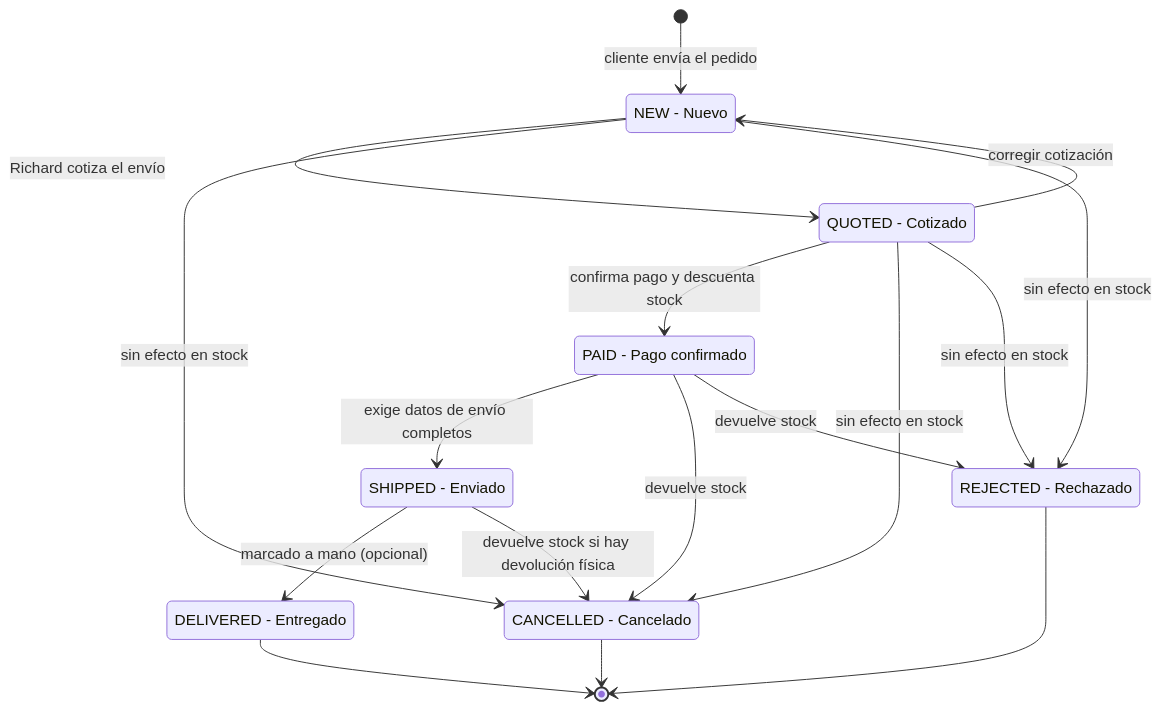
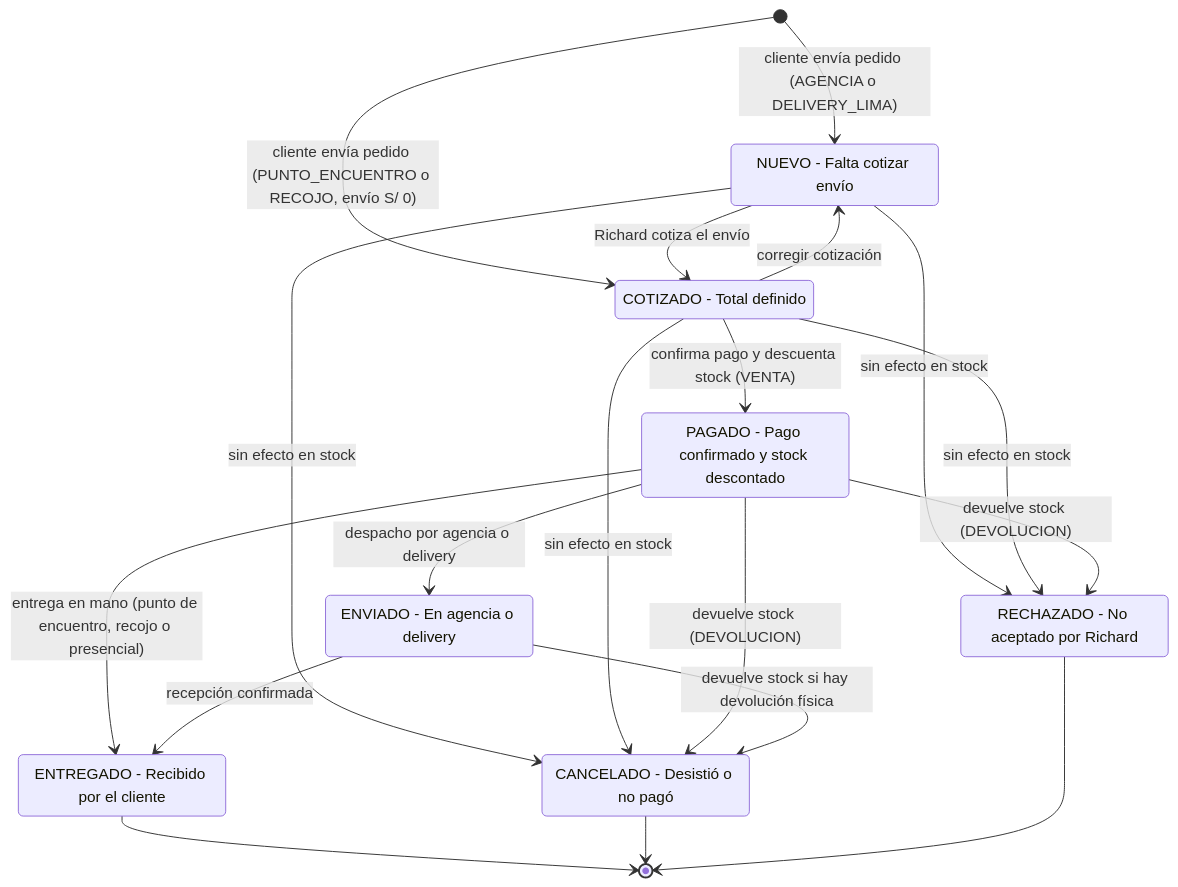
The diagram in 01-Relevamiento/diagramas/07-estados-pedido.md (jcoldsolutionsj-lab/Proyect_03EcomerceEmunaSport), drawn with Mermaid before and after one commit. The commit also changed other lines of this file and 43 other files, not shown here.

````diff
--- a/01-Relevamiento/diagramas/07-estados-pedido.md
+++ b/01-Relevamiento/diagramas/07-estados-pedido.md
@@ -5,32 +5,34 @@
 ```mermaid
 stateDiagram-v2
-  [*] --> NEW : cliente envía el pedido
+  [*] --> NUEVO : cliente envía pedido (AGENCIA o DELIVERY_LIMA)
+  [*] --> COTIZADO : cliente envía pedido (PUNTO_ENCUENTRO o RECOJO, envío S/ 0)
 
-  NEW : NEW - Nuevo
-  QUOTED : QUOTED - Cotizado
-  PAID : PAID - Pago confirmado
-  SHIPPED : SHIPPED - Enviado
-  DELIVERED : DELIVERED - Entregado
-  CANCELLED : CANCELLED - Cancelado
-  REJECTED : REJECTED - Rechazado
+  NUEVO : NUEVO - Falta cotizar envío
+  COTIZADO : COTIZADO - Total definido
+  PAGADO : PAGADO - Pago confirmado y stock descontado
+  ENVIADO : ENVIADO - En agencia o delivery
+  ENTREGADO : ENTREGADO - Recibido por el cliente
+  CANCELADO : CANCELADO - Desistió o no pagó
+  RECHAZADO : RECHAZADO - No aceptado por Richard
 
-  NEW --> QUOTED : Richard cotiza el envío
-  NEW --> CANCELLED : sin efecto en stock
-  NEW --> REJECTED : sin efecto en stock
+  NUEVO --> COTIZADO : Richard cotiza el envío
+  NUEVO --> CANCELADO : sin efecto en stock
+  NUEVO --> RECHAZADO : sin efecto en stock
 
-  QUOTED --> NEW : corregir cotización
-  QUOTED --> PAID : confirma pago y descuenta stock
-  QUOTED --> CANCELLED : sin efecto en stock
-  QUOTED --> REJECTED : sin efecto en stock
+  COTIZADO --> NUEVO : corregir cotización
+  COTIZADO --> PAGADO : confirma pago y descuenta stock (VENTA)
+  COTIZADO --> CANCELADO : sin efecto en stock
+  COTIZADO --> RECHAZADO : sin efecto en stock
 
-  PAID --> SHIPPED : exige datos de envío completos
-  PAID --> CANCELLED : devuelve stock
-  PAID --> REJECTED : devuelve stock
+  PAGADO --> ENVIADO : despacho por agencia o delivery
+  PAGADO --> ENTREGADO : entrega en mano (punto de encuentro, recojo o presencial)
+  PAGADO --> CANCELADO : devuelve stock (DEVOLUCION)
+  PAGADO --> RECHAZADO : devuelve stock (DEVOLUCION)
 
-  SHIPPED --> DELIVERED : marcado a mano (opcional)
-  SHIPPED --> CANCELLED : devuelve stock si hay devolución física
+  ENVIADO --> ENTREGADO : recepción confirmada
+  ENVIADO --> CANCELADO : devuelve stock si hay devolución física
 
-  DELIVERED --> [*]
-  CANCELLED --> [*]
-  REJECTED --> [*]
+  ENTREGADO --> [*]
+  CANCELADO --> [*]
+  RECHAZADO --> [*]
 ```
````
